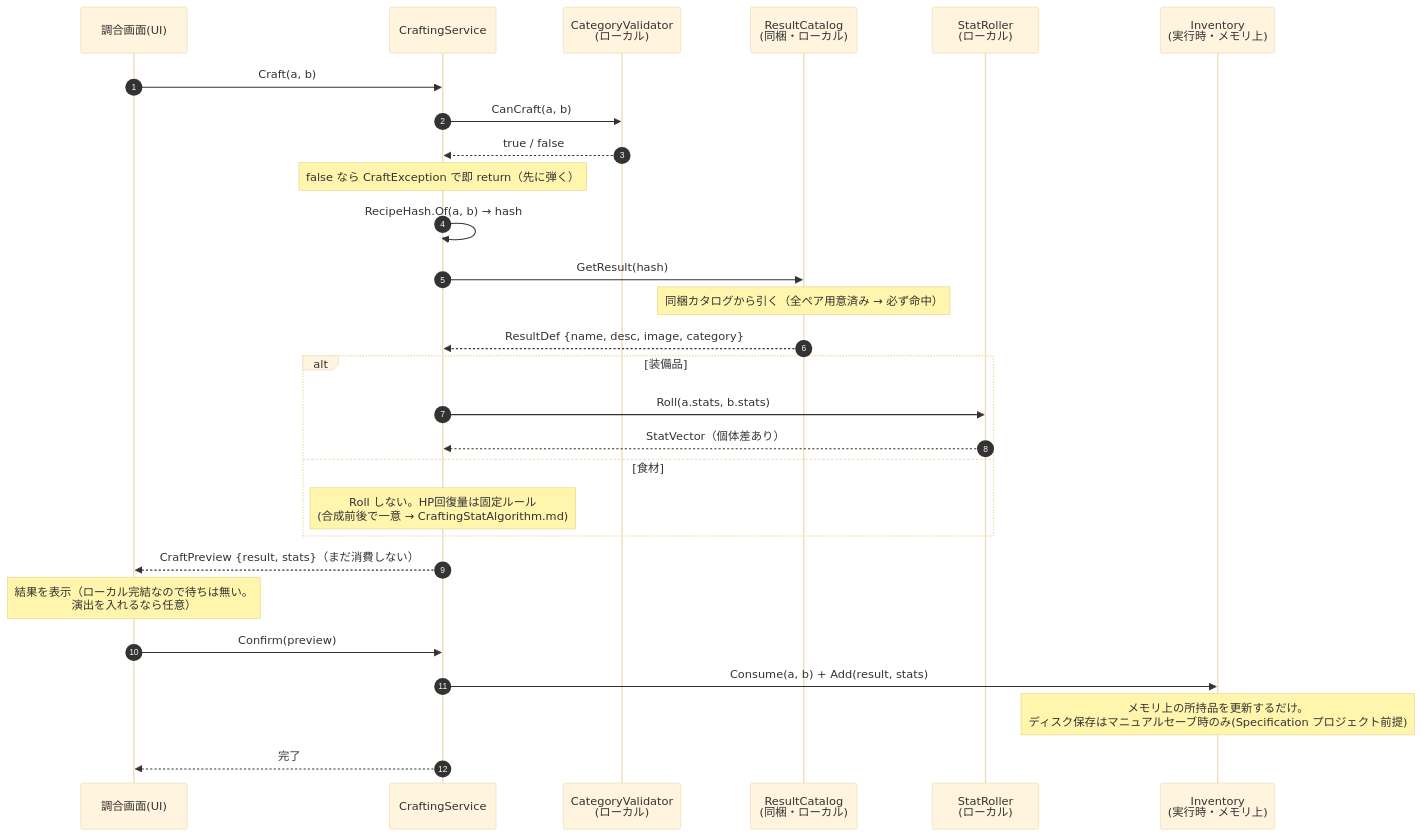
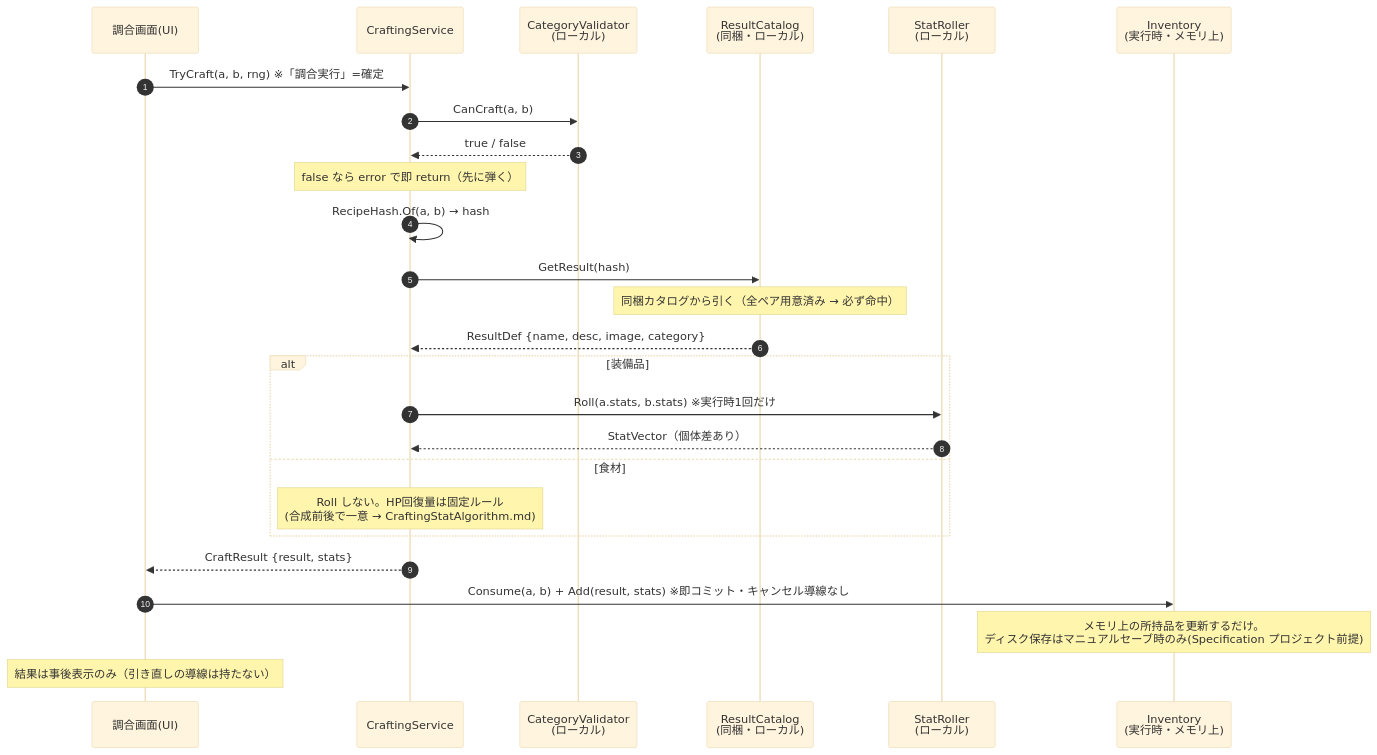
Before and after one commit to CreativeAI2026/documents: the diagram in CraftingArchitecture.md, drawn with Mermaid (base theme). The commit also changed other lines of this file, not shown here.

Commit message:
調合をCraft/Confirmの2段階から単発TryCraftに変更しリロールスカミングを防止

````diff
--- a/CraftingArchitecture.md
+++ b/CraftingArchitecture.md
@@ -37,31 +39,29 @@
 ```mermaid
 sequenceDiagram
     autonumber
     participant UI as 調合画面(UI)
     participant SVC as CraftingService
     participant VAL as CategoryValidator<br/>(ローカル)
     participant CAT as ResultCatalog<br/>(同梱・ローカル)
     participant ROLL as StatRoller<br/>(ローカル)
     participant INV as Inventory<br/>(実行時・メモリ上)
 
-    UI->>SVC: Craft(a, b)
+    UI->>SVC: TryCraft(a, b, rng) ※「調合実行」=確定
     SVC->>VAL: CanCraft(a, b)
     VAL-->>SVC: true / false
-    Note over SVC: false なら CraftException で即 return（先に弾く）
+    Note over SVC: false なら error で即 return（先に弾く）
     SVC->>SVC: RecipeHash.Of(a, b) → hash
     SVC->>CAT: GetResult(hash)
     Note over CAT: 同梱カタログから引く（全ペア用意済み → 必ず命中）
     CAT-->>SVC: ResultDef {name, desc, image, category}
     alt 装備品
-        SVC->>ROLL: Roll(a.stats, b.stats)
+        SVC->>ROLL: Roll(a.stats, b.stats) ※実行時1回だけ
         ROLL-->>SVC: StatVector（個体差あり）
     else 食材
         Note over SVC: Roll しない。HP回復量は固定ルール<br/>(合成前後で一意 → CraftingStatAlgorithm.md)
     end
-    SVC-->>UI: CraftPreview {result, stats}（まだ消費しない）
-    Note over UI: 結果を表示（ローカル完結なので待ちは無い。<br/>演出を入れるなら任意）
-    UI->>SVC: Confirm(preview)
-    SVC->>INV: Consume(a, b) + Add(result, stats)
+    SVC-->>UI: CraftResult {result, stats}
+    UI->>INV: Consume(a, b) + Add(result, stats) ※即コミット・キャンセル導線なし
     Note over INV: メモリ上の所持品を更新するだけ。<br/>ディスク保存はマニュアルセーブ時のみ(Specification プロジェクト前提)
-    SVC-->>UI: 完了
+    Note over UI: 結果は事後表示のみ（引き直しの導線は持たない）
 ```
````
